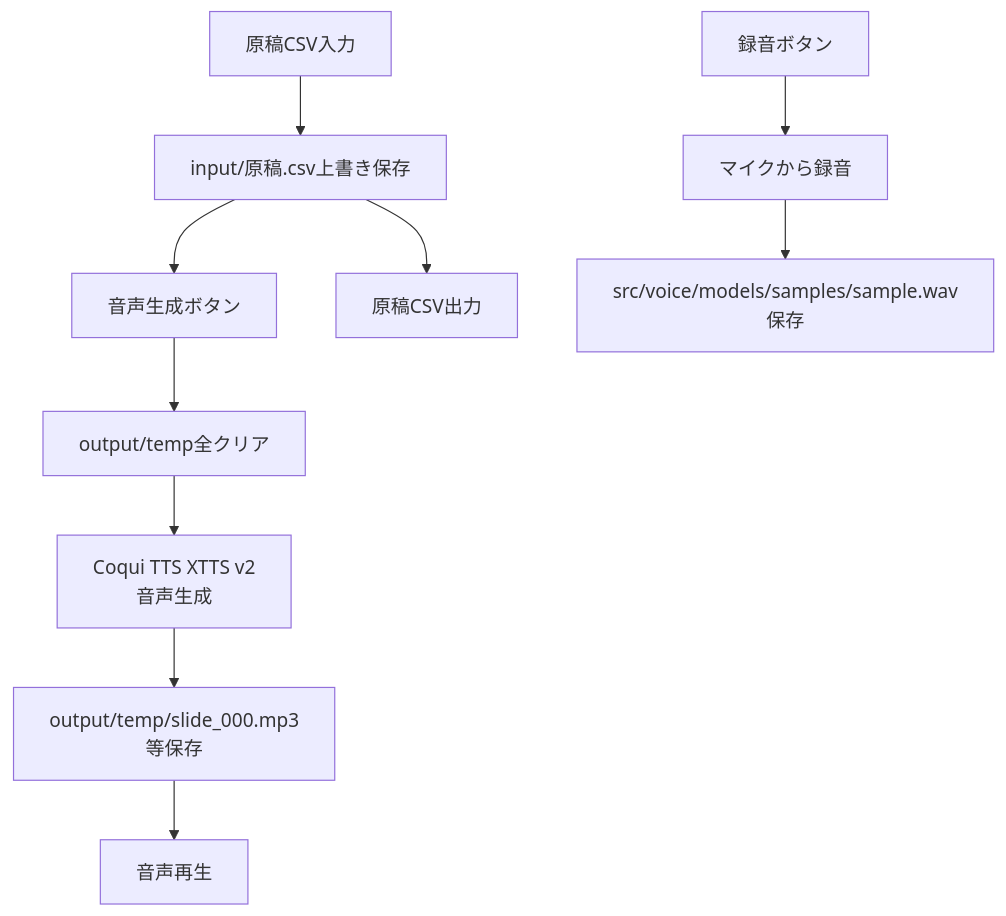
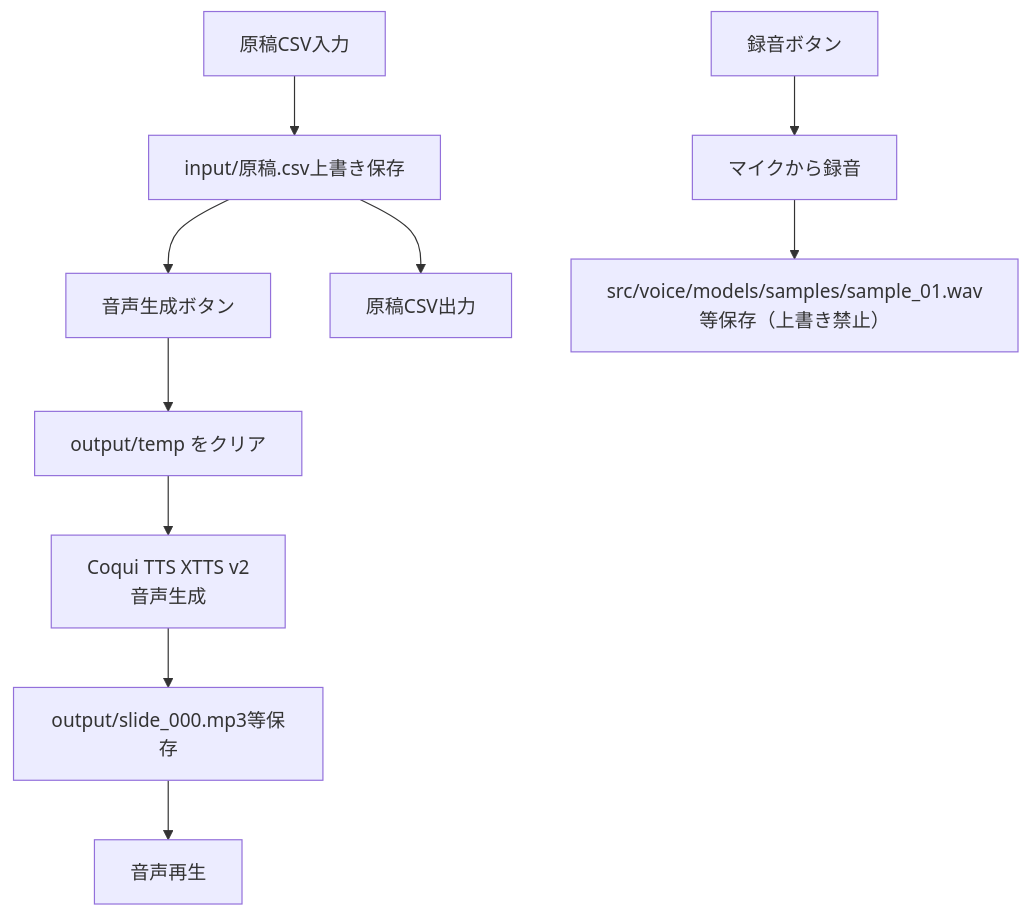
Before and after one commit to J1921604/MyVoice-Maker: the third of 3 diagrams in .specify/memory/constitution.md, drawn with Mermaid. The commit also changed other lines of this file and 35 other files, not shown here.

````diff
--- a/.specify/memory/constitution.md
+++ b/.specify/memory/constitution.md
@@ -292,12 +291,12 @@
 ```mermaid
 flowchart TD
     A[原稿CSV入力] --> B[input/原稿.csv上書き保存]
     B --> C[音声生成ボタン]
-    C --> D[output/temp全クリア]
+    C --> D[output/temp をクリア]
     D --> E[Coqui TTS XTTS v2<br/>音声生成]
-    E --> F[output/temp/slide_000.mp3等保存]
+    E --> F[output/slide_000.mp3等保存]
     F --> G[音声再生]
     B --> H[原稿CSV出力]
     I[録音ボタン] --> J[マイクから録音]
-    J --> K[src/voice/models/samples/sample.wav保存]
+    J --> K[src/voice/models/samples/sample_01.wav等保存（上書き禁止）]
 ```
````
